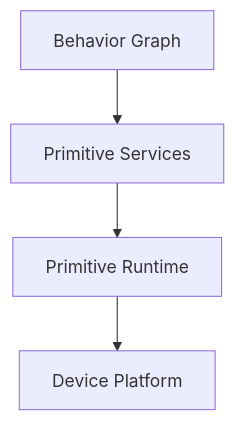
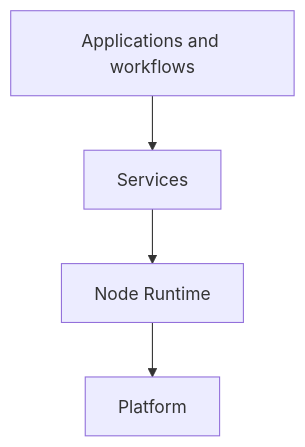
The first of 5 diagrams in README.md (ROSMicroPy/RobotPrimitivesStack), drawn with Mermaid before and after one commit. The commit also changed other lines of this file and 465 other files, not shown here.

```diff
--- a/README.md
+++ b/README.md
@@ -41,11 +47,11 @@
 ~~~mermaid
 flowchart TB
-    BG["Behavior Graph"]
-    PS["Primitive Services"]
-    PR["Primitive Runtime"]
-    DP["Device Platform"]
+    BG["Applications and workflows"]
+    PS["Services"]
+    PR["Node Runtime"]
+    DP["Platform"]
 
     BG --> PS
     PS --> PR
     PR --> DP
 ~~~
```
